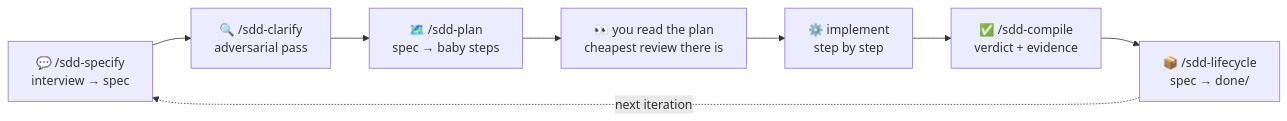
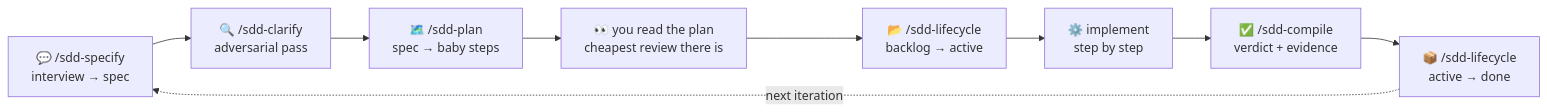
The diagram in README.md (GregorBiswanger/featherspec), drawn with Mermaid before and after one commit. The commit also changed other lines of this file and 22 other files, not shown here.

````diff
--- a/README.md
+++ b/README.md
@@ -86,10 +86,11 @@
 ```mermaid
 flowchart LR
   S["💬 /sdd-specify<br/>interview → spec"] --> K["🔍 /sdd-clarify<br/>adversarial pass"]
   K --> P["🗺️ /sdd-plan<br/>spec → baby steps"]
   P --> R["👀 you read the plan<br/>cheapest review there is"]
-  R --> I["⚙️ implement<br/>step by step"]
+  R --> A["📂 /sdd-lifecycle<br/>backlog → active"]
+  A --> I["⚙️ implement<br/>step by step"]
   I --> C["✅ /sdd-compile<br/>verdict + evidence"]
-  C --> L["📦 /sdd-lifecycle<br/>spec → done/"]
+  C --> L["📦 /sdd-lifecycle<br/>active → done"]
   L -.->|next iteration| S
 ```
````
